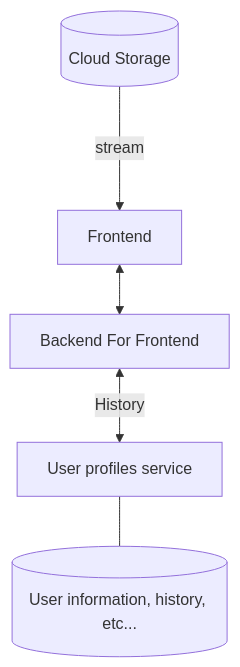
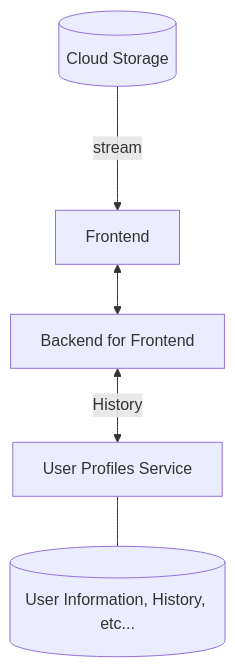
The fifth of 12 diagrams in docs/README.md (kevthunder/Vention-system-design-assessment), drawn with Mermaid before and after one commit. The commit also changed other lines of this file and 1 other file, not shown here.

````diff
--- a/docs/README.md
+++ b/docs/README.md
@@ -161,13 +166,13 @@
 ```mermaid
 flowchart TD
     Frontend[Frontend]
-    BFF[Backend For Frontend]
+    BFF[Backend for Frontend]
     Frontend <--> BFF
 
     Storage[(Cloud Storage)]
     Storage -- stream ---> Frontend
 
-    User[User profiles service]
-    UserDB[(User information, history, etc...)]
-    BFF -- History <--> User --- UserDB
+    User[User Profiles Service]
+    UserDb[(User Information, History, etc...)]
+    BFF -- History <--> User --- UserDb
 ```
````
